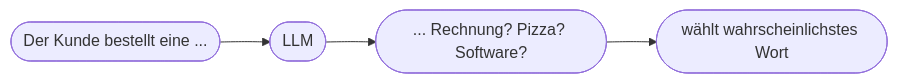
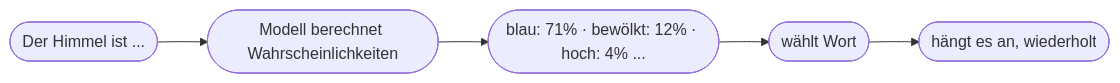
One commit to Qualidy/Prompt-Engineering-KI-in-der-Arbeitswelt changed the diagram in docs/content/kapitel15.md. Above: the diagram before and after it, drawn with Mermaid. The commit also changed other lines of this file and 80 other files, not shown here.

````diff
--- a/docs/content/kapitel15.md
+++ b/docs/content/kapitel15.md
@@ -28,6 +29,6 @@
 ```mermaid
 flowchart LR
-    A(["Der Kunde bestellt eine ..."]) --> B([LLM])
-    B --> C(["... Rechnung? Pizza? Software?"])
-    C --> D([wählt wahrscheinlichstes Wort])
+    A([Der Himmel ist ...]) --> B([Modell berechnet Wahrscheinlichkeiten])
+    B --> C([blau: 71% · bewölkt: 12% · hoch: 4% ...])
+    C --> D([wählt Wort]) --> E([hängt es an, wiederholt])
 ```
````
